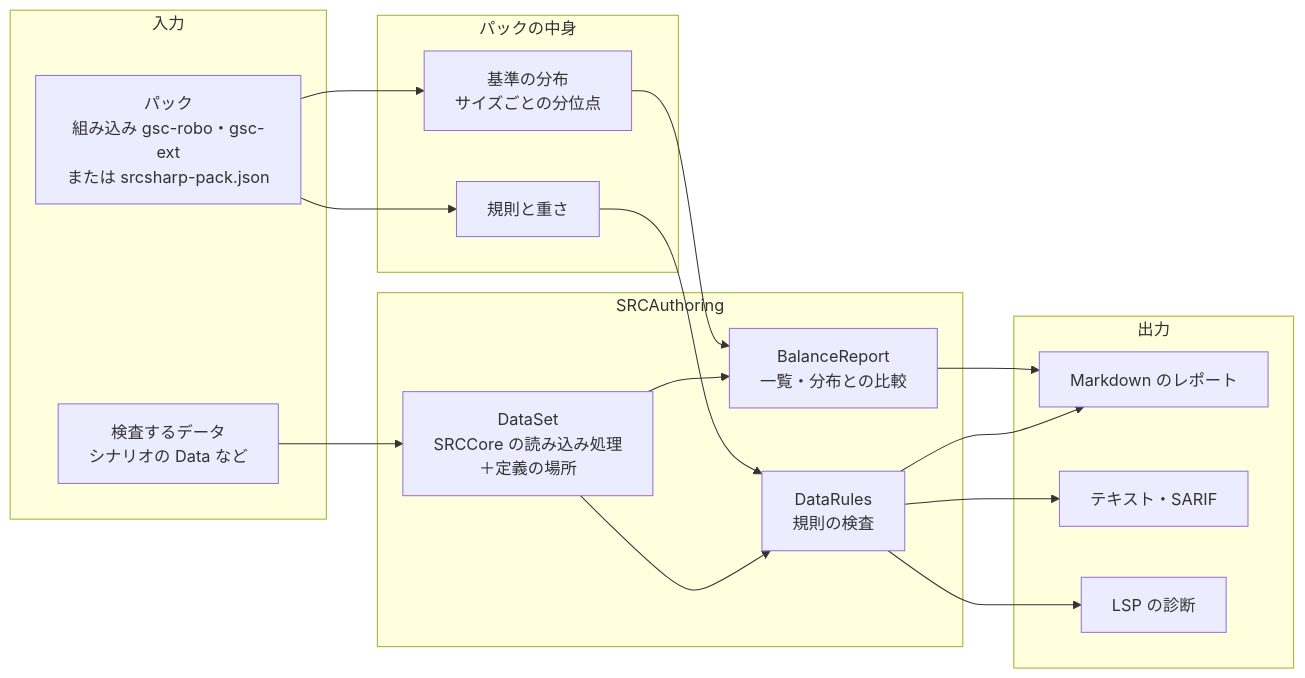
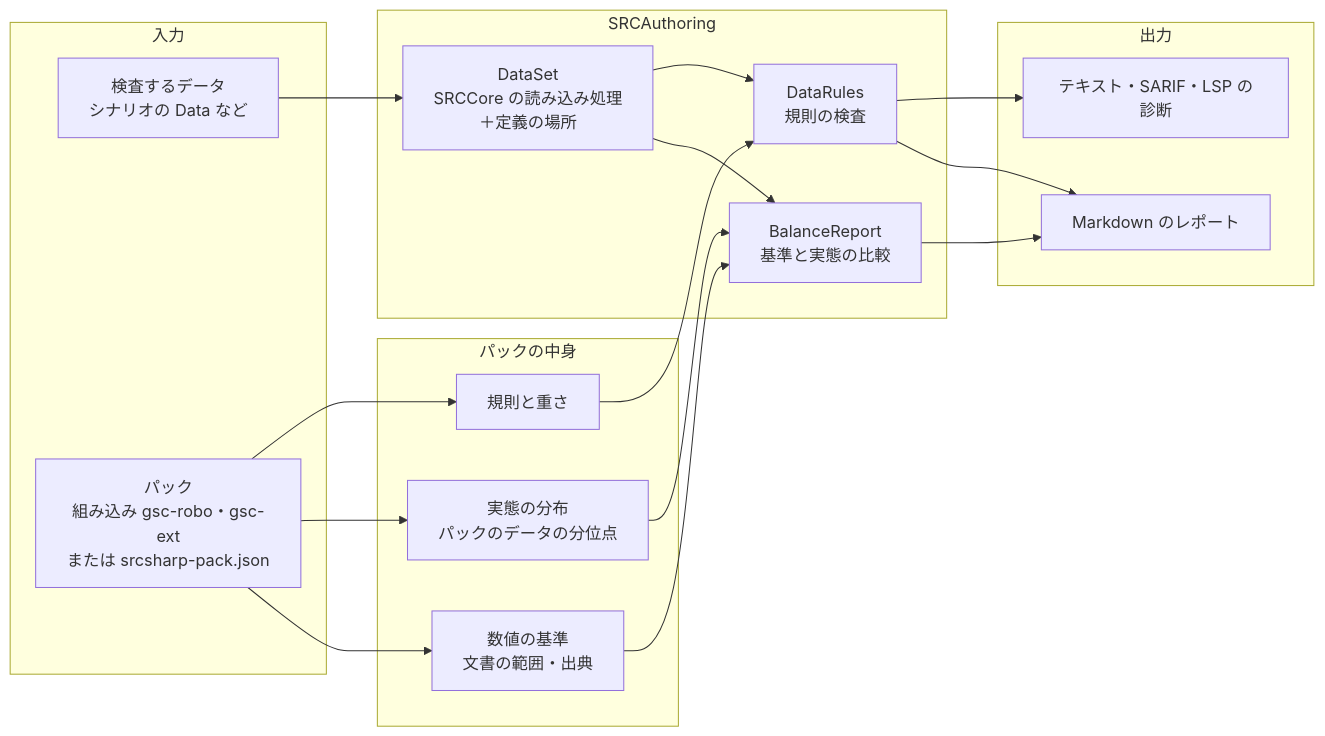
One commit to 7474/SRC changed the diagram in docs/tools/balance-pack.md. Above: the diagram before and after it, drawn with Mermaid. The commit also changed other lines of this file, not shown here.

````diff
--- a/docs/tools/balance-pack.md
+++ b/docs/tools/balance-pack.md
@@ -95,27 +78,27 @@
 ```mermaid
 flowchart LR
   subgraph Input[入力]
     Target[検査するデータ<br/>シナリオの Data など]
     Pack[パック<br/>組み込み gsc-robo・gsc-ext<br/>または srcsharp-pack.json]
   end
   subgraph PackParts[パックの中身]
+    Basis[数値の基準<br/>文書の範囲・出典]
+    Dist[実態の分布<br/>パックのデータの分位点]
     Rules[規則と重さ]
-    Dist[基準の分布<br/>サイズごとの分位点]
   end
   subgraph Authoring[SRCAuthoring]
     Loader[DataSet<br/>SRCCore の読み込み処理<br/>＋定義の場所]
+    Compare[BalanceReport<br/>基準と実態の比較]
     Check[DataRules<br/>規則の検査]
-    Report[BalanceReport<br/>一覧・分布との比較]
   end
   subgraph Output[出力]
     MD[Markdown のレポート]
-    Sarif[テキスト・SARIF]
-    LSP[LSP の診断]
+    Diag[テキスト・SARIF・LSP の診断]
   end
-  Pack --> Rules & Dist
+  Pack --> Basis & Dist & Rules
   Target --> Loader
-  Loader --> Check --> MD & Sarif & LSP
-  Rules --> Check
-  Loader --> Report --> MD
-  Dist --> Report
+  Loader --> Compare
+  Basis & Dist --> Compare --> MD
+  Loader --> Check
+  Rules --> Check --> MD & Diag
 ```
````
